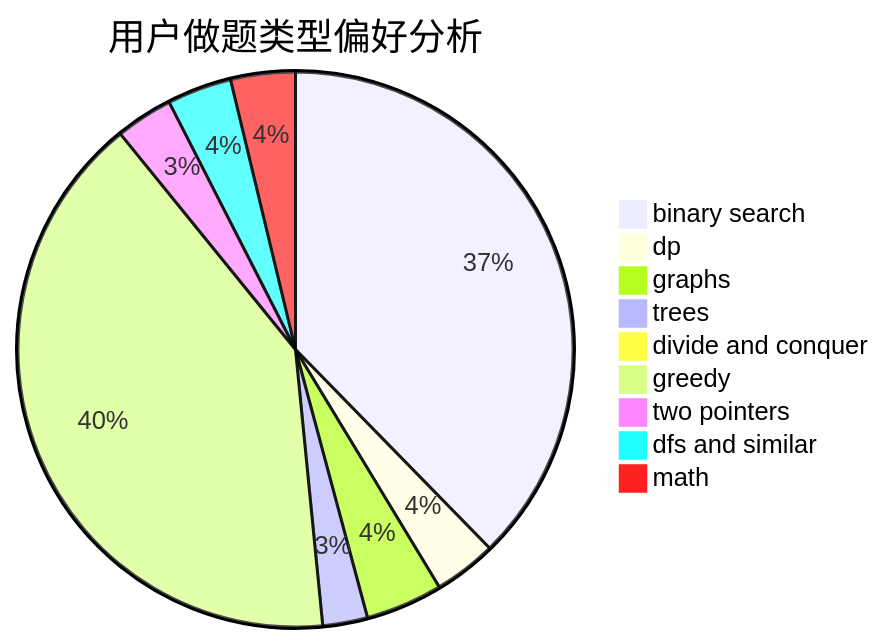
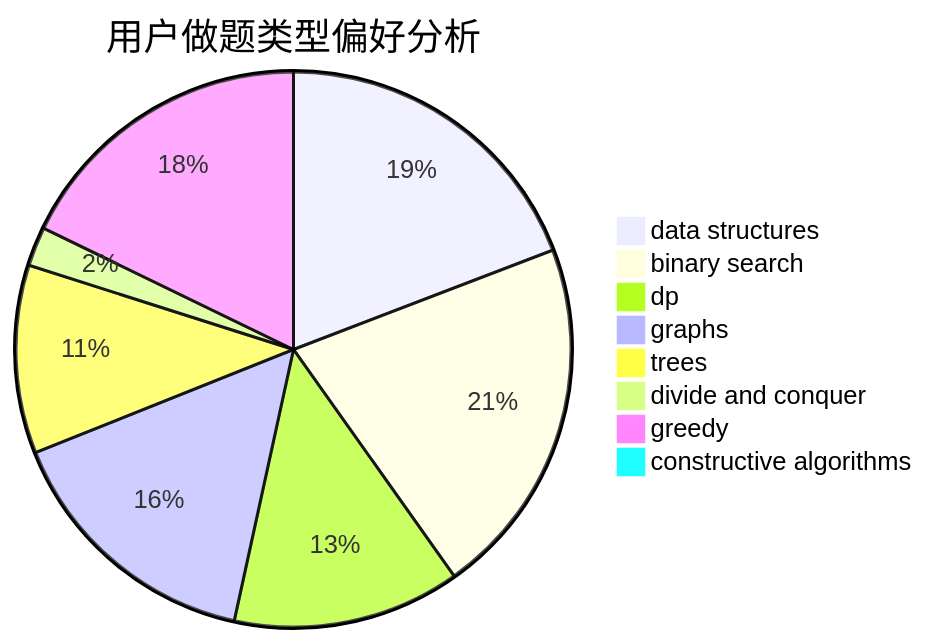
Before and after one commit to sherpahu/cfrs.github.io: the second of 3 diagrams in docs/user/u2188.md, drawn with Mermaid. The commit also changed other lines of this file and 2775 other files, not shown here.

````diff
--- a/docs/user/u2188.md
+++ b/docs/user/u2188.md
@@ -23,12 +23,11 @@
 ```mermaid
 pie title 用户做题类型偏好分析
-    "binary search" :  361
-    "dp" :  35
-    "graphs" :  43
-    "trees" :  25
+    "data structures" :  42
+    "binary search" :  46
+    "dp" :  29
+    "graphs" :  34
+    "trees" :  24
     "divide and conquer" :  5
-    "greedy" :  390
-    "two pointers" :  32
-    "dfs and similar" :  36
-    "math" :  36
+    "greedy" :  39
+    "constructive algorithms" :  0
 ```
````
